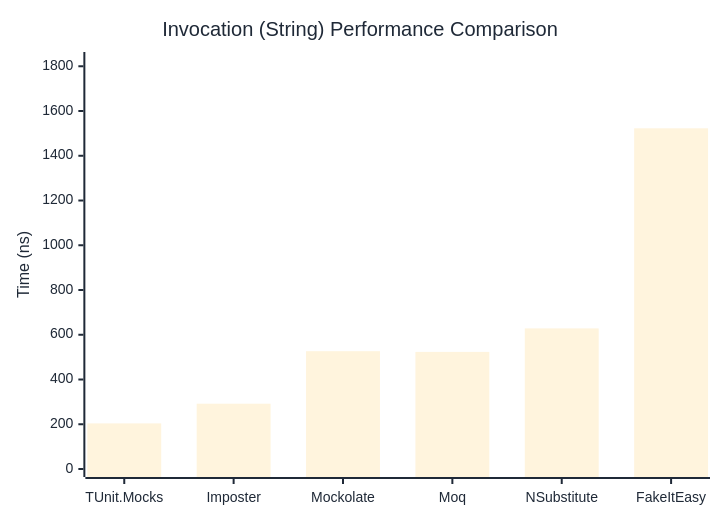
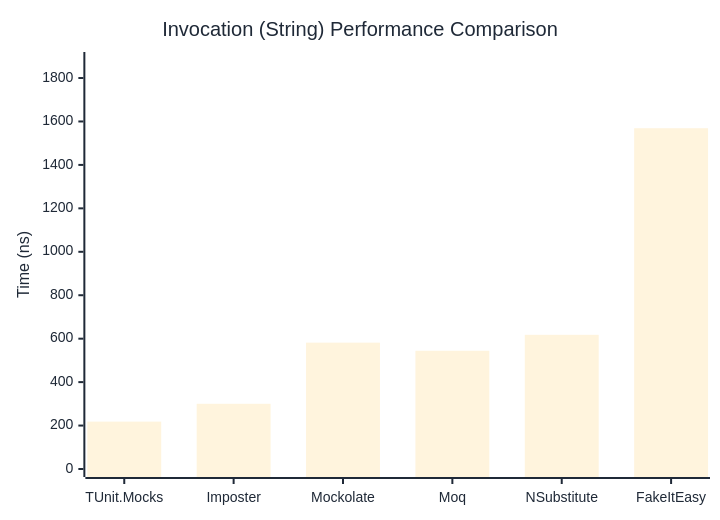
One commit to thomhurst/TUnit changed the second of 3 diagrams in docs/docs/benchmarks/mocks/Invocation.md. Above: the diagram before and after it, drawn with Mermaid. The commit also changed other lines of this file and 14 other files, not shown here.

````diff
--- a/docs/docs/benchmarks/mocks/Invocation.md
+++ b/docs/docs/benchmarks/mocks/Invocation.md
@@ -69,27 +69,27 @@
 ```mermaid
 %%{init: {
   'theme':'base',
   'themeVariables': {
     'primaryColor': '#2563eb',
     'primaryTextColor': '#1f2937',
     'primaryBorderColor': '#1e40af',
     'lineColor': '#6b7280',
     'secondaryColor': '#7c3aed',
     'tertiaryColor': '#dc2626',
     'background': '#ffffff',
     'pie1': '#2563eb',
     'pie2': '#7c3aed',
     'pie3': '#dc2626',
     'pie4': '#f59e0b',
     'pie5': '#10b981',
     'pie6': '#06b6d4',
     'pie7': '#ec4899',
     'pie8': '#6366f1'
   }
 }}%%
 xychart-beta
   title "Invocation (String) Performance Comparison"
   x-axis ["TUnit.Mocks", "Imposter", "Mockolate", "Moq", "NSubstitute", "FakeItEasy"]
-  y-axis "Time (ns)" 0 --> 1828
-  bar [203.8, 291.8, 526.6, 523.3, 628.4, 1522.7]
+  y-axis "Time (ns)" 0 --> 1883
+  bar [218.2, 300.2, 581.7, 544.3, 617.8, 1568.9]
 ```
````
